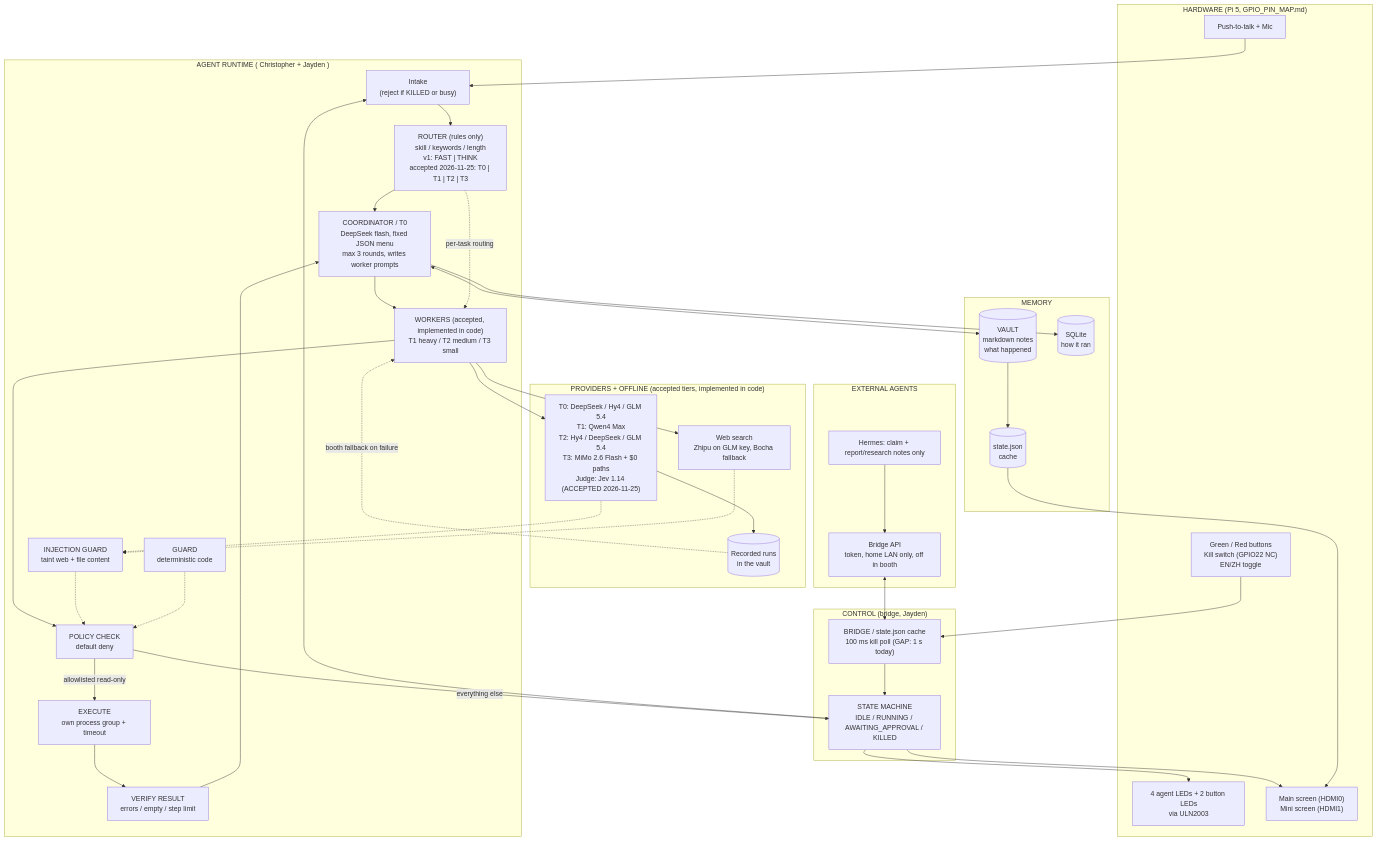
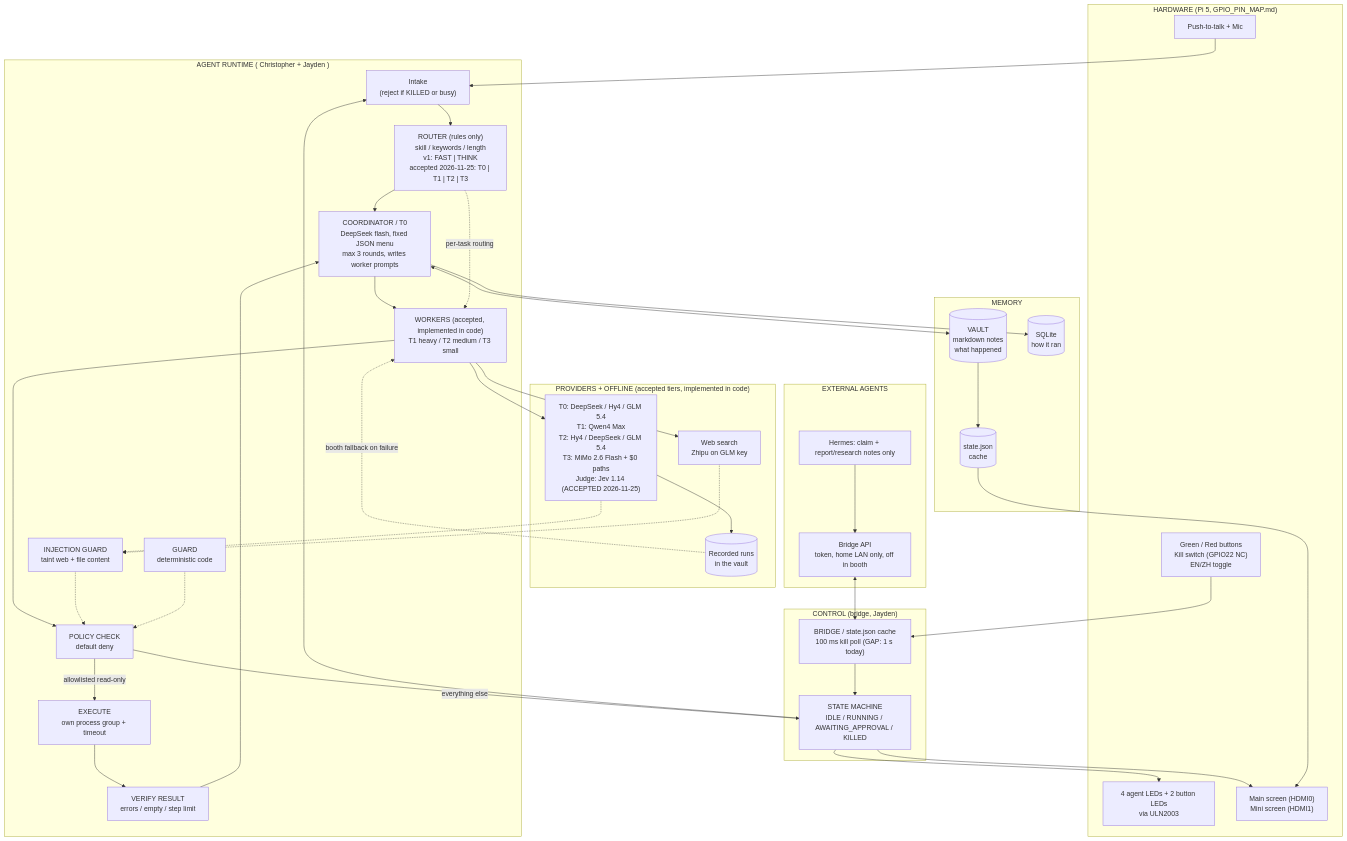
Before and after one commit to Daijay/si-console: the first of 10 diagrams in docs/ARCHITECTURE_DIAGRAMS.md, drawn with Mermaid. The commit also changed other lines of this file and 23 other files, not shown here.

````diff
--- a/docs/ARCHITECTURE_DIAGRAMS.md
+++ b/docs/ARCHITECTURE_DIAGRAMS.md
@@ -19,67 +19,67 @@
 ```mermaid
 flowchart TB
     subgraph H["HARDWARE (Pi 5, GPIO_PIN_MAP.md)"]
         PTT["Push-to-talk + Mic"]
         BTN["Green / Red buttons<br/>Kill switch (GPIO22 NC)<br/>EN/ZH toggle"]
         LED["4 agent LEDs + 2 button LEDs<br/>via ULN2003"]
         SCREEN["Main screen (HDMI0)<br/>Mini screen (HDMI1)"]
     end
 
     subgraph C["CONTROL (bridge, Jayden)"]
         BR["BRIDGE / state.json cache<br/>100 ms kill poll (GAP: 1 s today)"]
         FSM["STATE MACHINE<br/>IDLE / RUNNING / AWAITING_APPROVAL / KILLED"]
     end
 
     subgraph A["AGENT RUNTIME ( Christopher + Jayden )"]
         IN["Intake<br/>(reject if KILLED or busy)"]
         ROUTER["ROUTER (rules only)<br/>skill / keywords / length<br/>v1: FAST | THINK<br/>accepted 2026-11-25: T0 | T1 | T2 | T3"]
         COORD["COORDINATOR / T0<br/>DeepSeek flash, fixed JSON menu<br/>max 3 rounds, writes worker prompts"]
         WORK["WORKERS (accepted, implemented in code)<br/>T1 heavy / T2 medium / T3 small"]
         POLICY["POLICY CHECK<br/>default deny"]
         GUARD["GUARD<br/>deterministic code"]
         EXEC["EXECUTE<br/>own process group + timeout"]
         VERIFY["VERIFY RESULT<br/>errors / empty / step limit"]
         IG["INJECTION GUARD<br/>taint web + file content"]
     end
 
     subgraph M["MEMORY"]
         VAULT[("VAULT<br/>markdown notes<br/>what happened")]
         JSON[("state.json<br/>cache")]
         SQLITE[("SQLite<br/>how it ran")]
     end
 
     subgraph P["PROVIDERS + OFFLINE (accepted tiers, implemented in code)"]
         DS["T0: DeepSeek / Hy4 / GLM 5.4<br/>T1: Qwen4 Max<br/>T2: Hy4 / DeepSeek / GLM 5.4<br/>T3: MiMo 2.6 Flash + $0 paths<br/>Judge: Jev 1.14 (ACCEPTED 2026-11-25)"]
-        BOCHA["Web search<br/>Zhipu on GLM key, Bocha fallback"]
+        SEARCH["Web search<br/>Zhipu on GLM key"]
         REC[("Recorded runs<br/>in the vault")]
     end
 
     subgraph E["EXTERNAL AGENTS"]
         API["Bridge API<br/>token, home LAN only, off in booth"]
         HERMES["Hermes: claim + report/research notes only"]
     end
 
     PTT --> IN
     BTN --> BR
     BR --> FSM
     FSM --> LED
     FSM --> SCREEN
     FSM --> IN
     IN --> ROUTER --> COORD --> WORK --> POLICY
     POLICY -- "allowlisted read-only" --> EXEC
     POLICY -- "everything else" --> FSM
     IG -.-> POLICY
     GUARD -.-> POLICY
     EXEC --> VERIFY --> COORD
     COORD <--> VAULT
     VAULT --> JSON --> SCREEN
     COORD --> SQLITE
     WORK --> DS
-    WORK --> BOCHA
+    WORK --> SEARCH
     ROUTER -.->|"per-task routing"| WORK
-    DS & BOCHA -.-> IG
+    DS & SEARCH -.-> IG
     DS --> REC
     REC -. "booth fallback on failure" .-> WORK
     API <--> BR
     HERMES --> API
 ```
````
